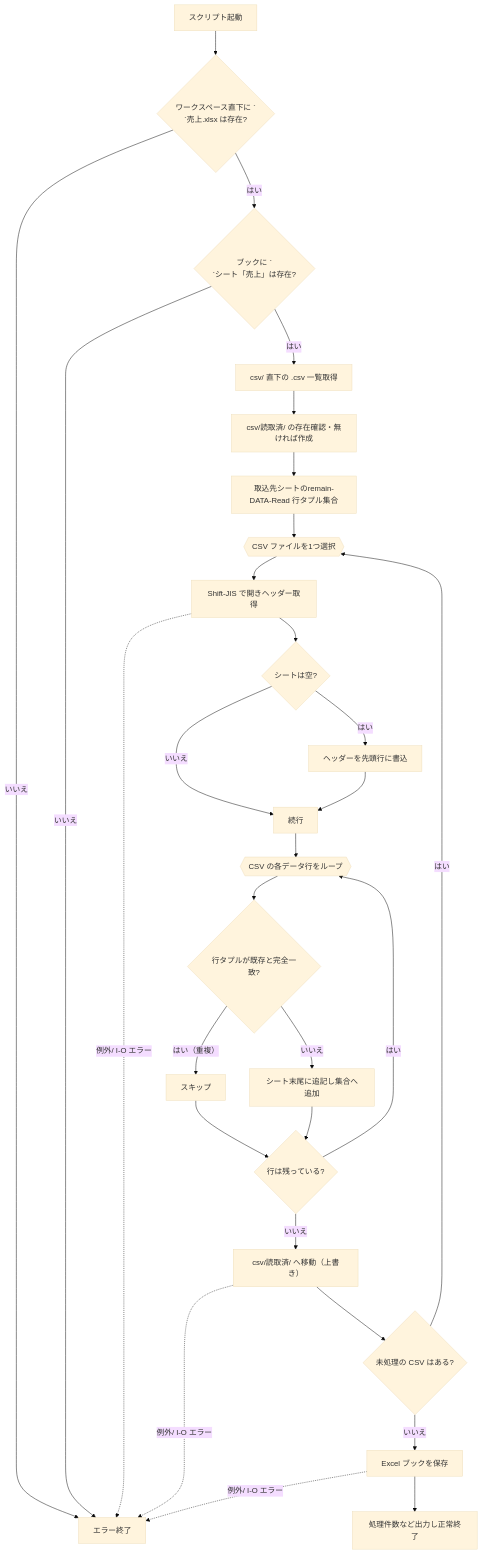
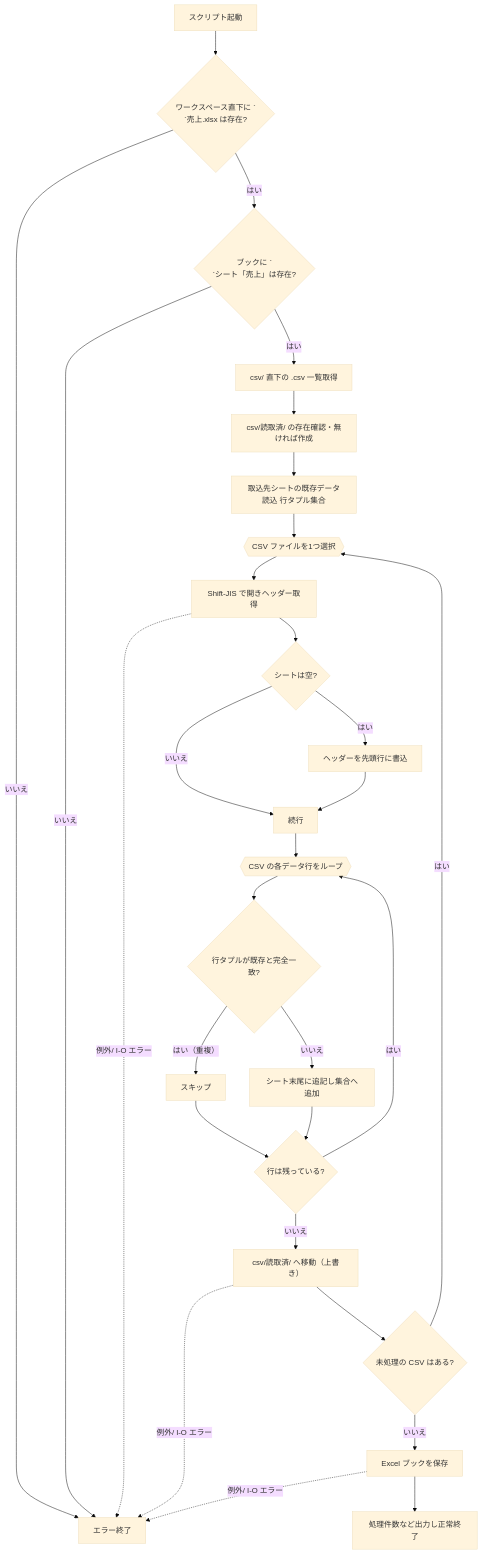
The diagram in todo.md (ykominami/cursor_excel_py), drawn with Mermaid (base theme) before and after one commit.

Commit message:
Add target and reinit configuration to deepdocs.ym

````diff
--- a/todo.md
+++ b/todo.md
@@ -34,37 +34,37 @@
 ```mermaid
 
 flowchart TD
 A[スクリプト起動] --> B{ワークスペース直下に `<br/>`売上.xlsx は存在?}
 B -- いいえ --> E[エラー終了]
 B -- はい --> C{ブックに `<br/>`シート「売上」は存在?}
 C -- いいえ --> E
 C -- はい --> D[ csv/ 直下の .csv 一覧取得]
 D --> F[ csv/読取済/ の存在確認・無ければ作成]
 
-F --> G[ 取込先シートのremain-DATA-Read 行タプル集合]
+F --> G[ 取込先シートの既存データ読込 行タプル集合]
 
 G --> H{{CSV ファイルを1つ選択}}
 H --> I[Shift-JIS で開きヘッダー取得]
 I --> J{シートは空?}
 J -- はい --> K[ヘッダーを先頭行に書込]
 J -- いいえ --> L[続行]
 K --> L
 L --> M{{CSV の各データ行をループ}}
 M --> N{行タプルが既存と完全一致?}
 N -- はい（重複） --> O[スキップ]
 N -- いいえ --> P[シート末尾に追記し集合へ追加]
 O --> Q{行は残っている?}
 P --> Q
 Q -- はい --> M
 Q -- いいえ --> S[csv/読取済/ へ移動（上書き）]
 S --> T{未処理の CSV はある?}
 T -- はい --> H
 T -- いいえ --> U[Excel ブックを保存]
 U --> V[処理件数など出力し正常終了]
 
     %% 例外・I/O エラーは任意地点からエラー終了へ
     I -. 例外/ I-O エラー .-> E
     S -. 例外/ I-O エラー .-> E
     U -. 例外/ I-O エラー .-> E
 
 ```
````
